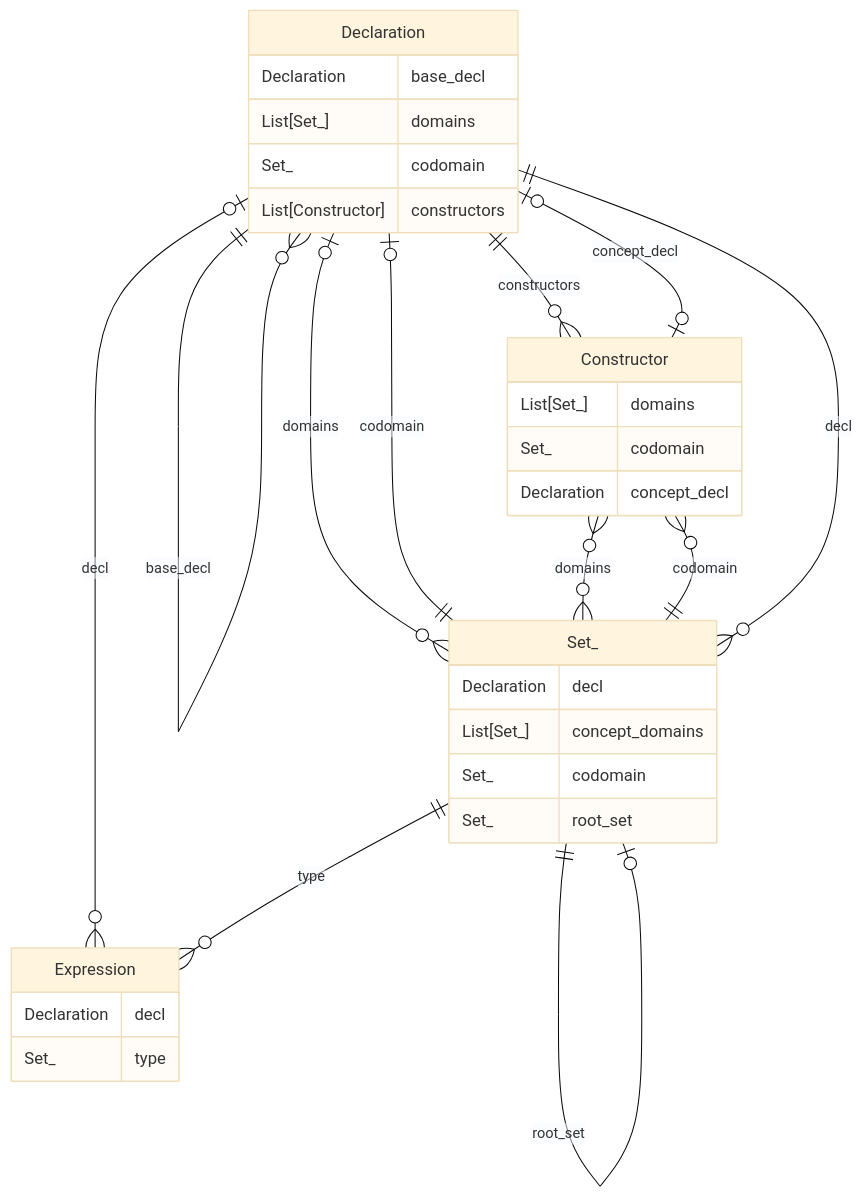
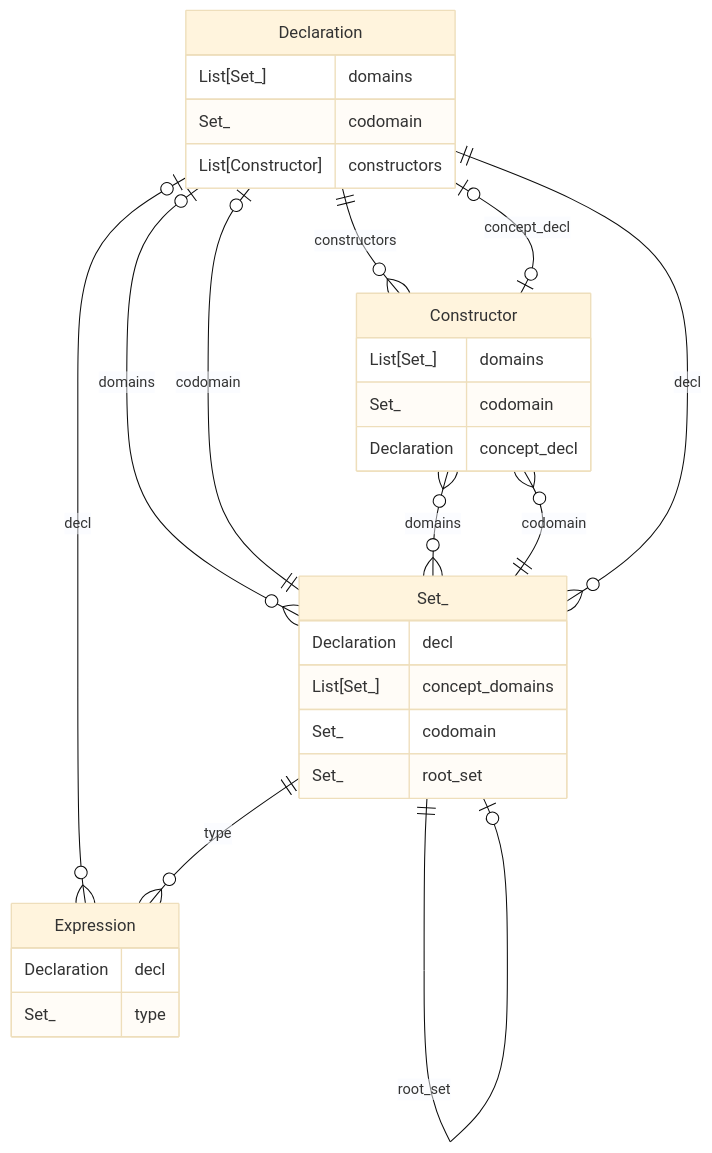
Before and after one commit to Sobhangh/IDP-Z3: the diagram in idp_engine/Diagrams.md, drawn with Mermaid (base theme). The commit also changed 6 other files, not shown here.

Commit message:
- Declaration.base_decl

````diff
--- a/idp_engine/Diagrams.md
+++ b/idp_engine/Diagrams.md
@@ -8,38 +8,36 @@
 ```mermaid
 erDiagram
-    Declaration ||--o{ Declaration : base_decl
-    Set_ }o--|| Declaration: decl
     Declaration |o--o{ Set_ : domains
     Declaration |o--|| Set_: codomain
     Declaration |o--o{ Expression: decl
+    Set_ }o--|| Declaration: decl
     Set_ |o--o{ Set_: concept_domains
     Set_ |o--o| Set_: codomain
     Set_ ||--o{ Expression: type
     Set_ ||--o| Set_: root_set
     Constructor }o--o{ Set_ : domains
     Constructor }o--|| Set_ : codomain
     Constructor |o--o| Declaration: concept_decl
     Declaration ||--o{ Constructor: constructors
 
     Declaration {
-        Declaration base_decl
         List[Set_] domains
         Set_ codomain
         List[Constructor] constructors
     }
     Set_ {
         Declaration decl
         List[Set_] concept_domains
         Set_ codomain
         Set_ root_set
     }
     Expression {
         Declaration decl
         Set_ type
     }
     Constructor {
         List[Set_] domains
         Set_ codomain
         Declaration concept_decl
     }
 ```
````
